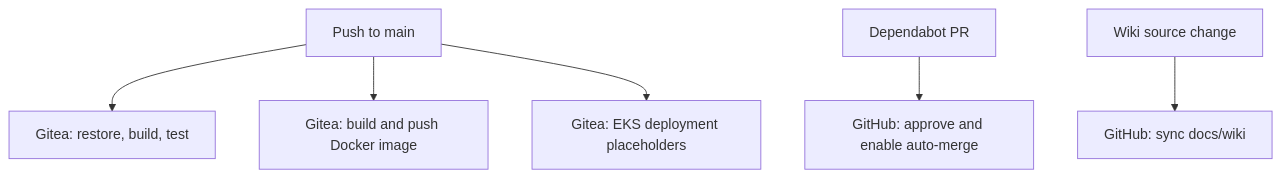
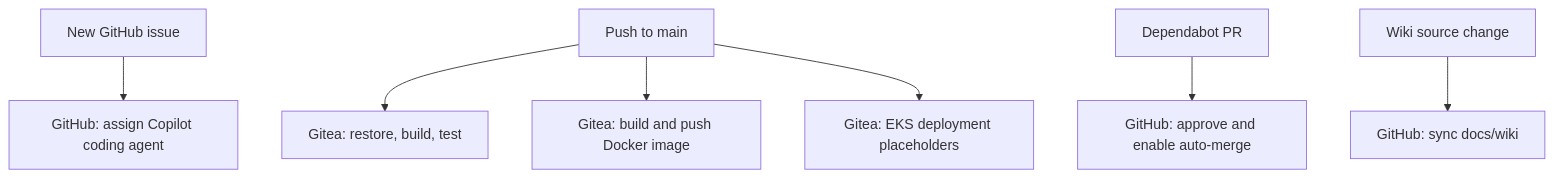
Before and after one commit to william-liebert/api: the diagram in docs/wiki/CI-CD.md, drawn with Mermaid. The commit also changed other lines of this file and 1 other file, not shown here.

Commit message:
Document Copilot issue automation

````diff
--- a/docs/wiki/CI-CD.md
+++ b/docs/wiki/CI-CD.md
@@ -3,8 +3,9 @@
 ```mermaid
 flowchart TD
+    Issue["New GitHub issue"] --> Copilot["GitHub: assign Copilot coding agent"]
     Main["Push to main"] --> Tests["Gitea: restore, build, test"]
     Main --> Image["Gitea: build and push Docker image"]
     Main --> Deploy["Gitea: EKS deployment placeholders"]
     Dependabot["Dependabot PR"] --> Merge["GitHub: approve and enable auto-merge"]
     Wiki["Wiki source change"] --> Sync["GitHub: sync docs/wiki"]
 ```
````
